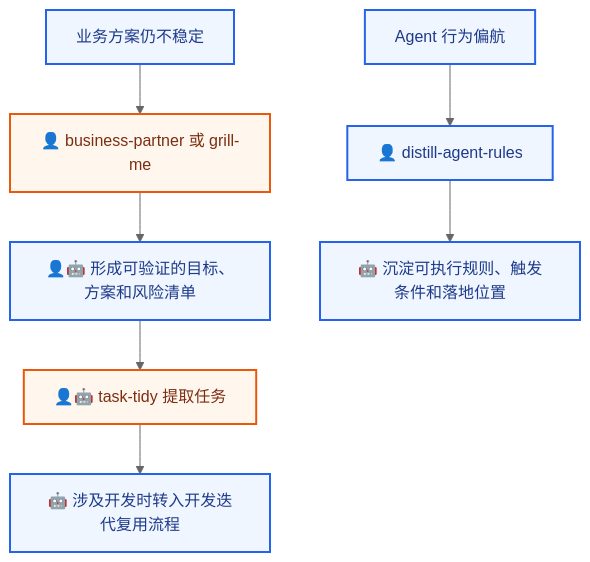
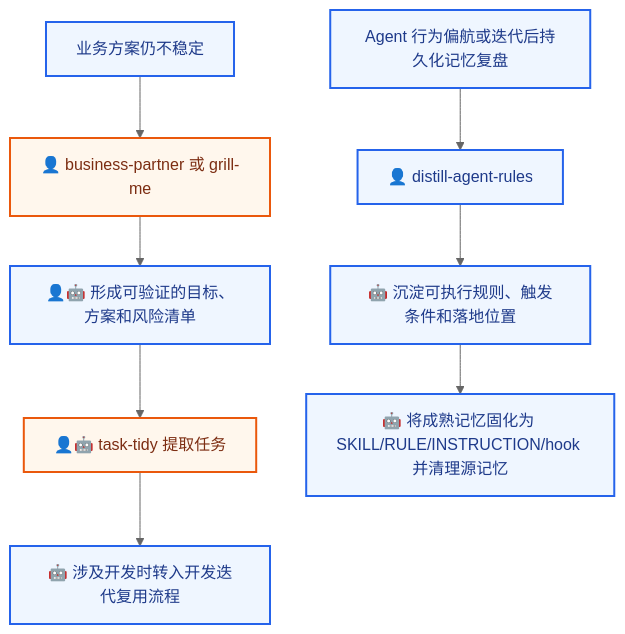
The fifth of 5 diagrams in README.md (derekhu0002/Argo), drawn with Mermaid (neutral theme) before and after one commit. The commit also changed other lines of this file, not shown here.

````diff
--- a/README.md
+++ b/README.md
@@ -186,14 +186,15 @@
 ```mermaid
 flowchart TD
     A[业务方案仍不稳定] --> B[👤 business-partner 或 grill-me]
     B --> C[👤🤖 形成可验证的目标、方案和风险清单]
     C --> D[👤🤖 task-tidy 提取任务]
     D --> E[🤖 涉及开发时转入开发迭代复用流程]
 
-    K[Agent 行为偏航] --> L[👤 distill-agent-rules]
+    K[Agent 行为偏航或迭代后持久化记忆复盘] --> L[👤 distill-agent-rules]
     L --> M[🤖 沉淀可执行规则、触发条件和落地位置]
+    M --> N[🤖 将成熟记忆固化为 SKILL/RULE/INSTRUCTION/hook 并清理源记忆]
     classDef human fill:#fff7ed,stroke:#ea580c,color:#7c2d12,stroke-width:2px
     classDef ai fill:#eff6ff,stroke:#2563eb,color:#1e3a8a,stroke-width:2px
     class B,D human
-    class A,C,E,K,L,M ai
+    class A,C,E,K,L,M,N ai
 ```
````
